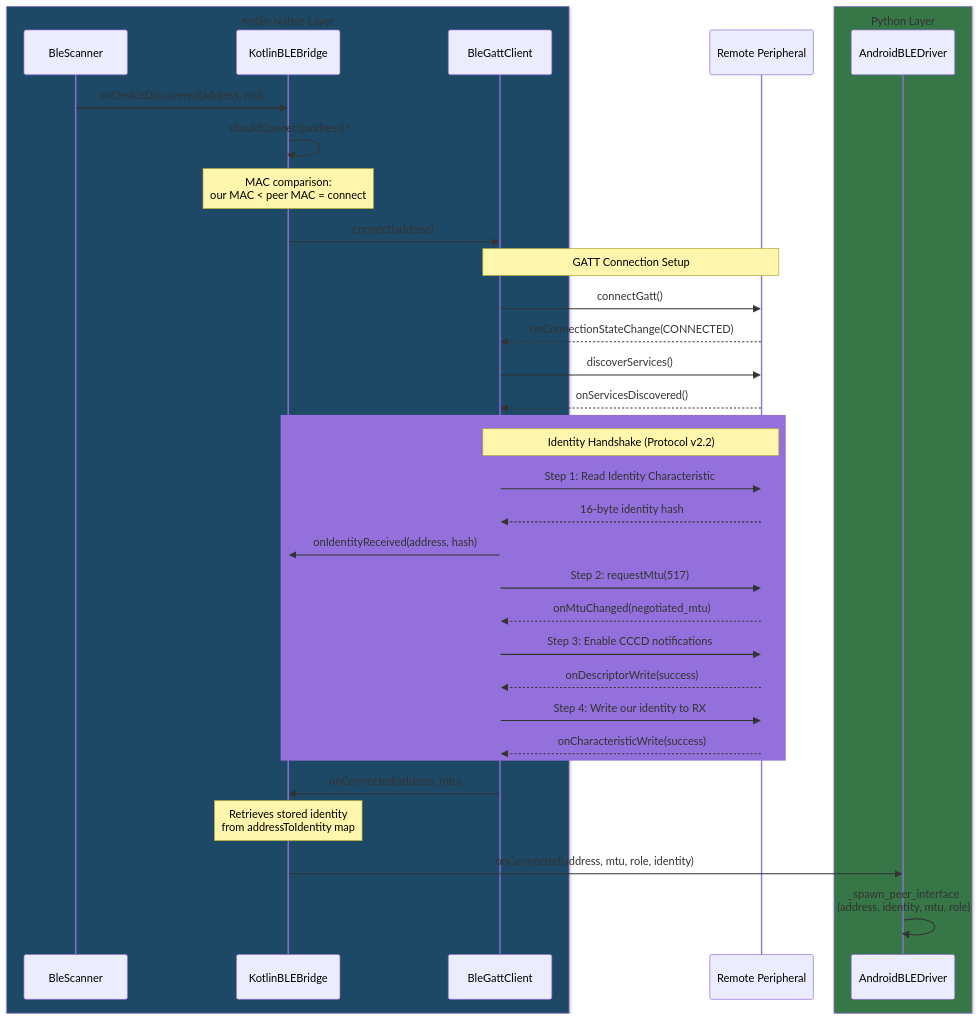
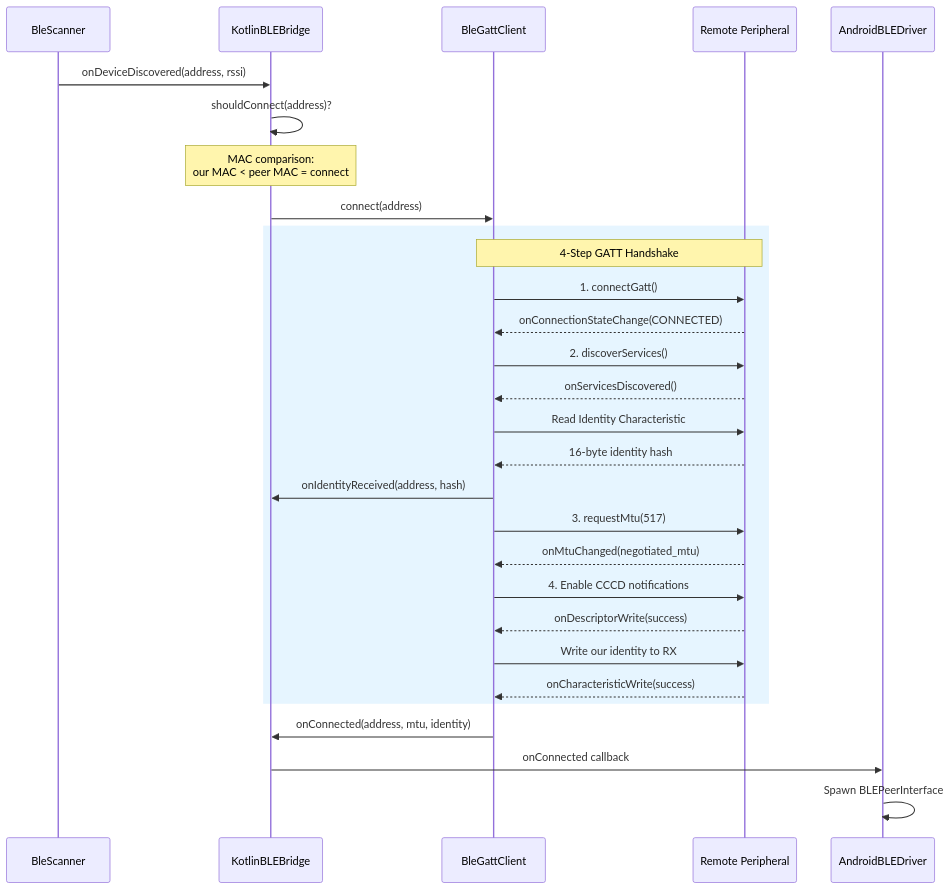
One commit to derpyspike/columba changed the third of 17 diagrams in docs/ble-architecture.md. Above: the diagram before and after it, drawn with Mermaid. The commit also changed other lines of this file, not shown here.

Commit message:
docs(ble): improve architecture diagram layout and structure

````diff
--- a/docs/ble-architecture.md
+++ b/docs/ble-architecture.md
@@ -210,44 +123,38 @@
 ```mermaid
 sequenceDiagram
-    box rgb(30, 73, 102) Kotlin Native Layer
     participant Scan as BleScanner
     participant Bridge as KotlinBLEBridge
     participant Client as BleGattClient
-    end
     participant Peer as Remote Peripheral
-    box rgb(55, 118, 71) Python Layer
     participant Python as AndroidBLEDriver
-    end
 
     Scan->>Bridge: onDeviceDiscovered(address, rssi)
     Bridge->>Bridge: shouldConnect(address)?
     Note over Bridge: MAC comparison:<br/>our MAC < peer MAC = connect
     Bridge->>Client: connect(address)
 
-    Note over Client,Peer: GATT Connection Setup
-    Client->>Peer: connectGatt()
-    Peer-->>Client: onConnectionStateChange(CONNECTED)
-    Client->>Peer: discoverServices()
-    Peer-->>Client: onServicesDiscovered()
+    rect rgb(230, 245, 255)
+        Note over Client,Peer: 4-Step GATT Handshake
+        Client->>Peer: 1. connectGatt()
+        Peer-->>Client: onConnectionStateChange(CONNECTED)
+        Client->>Peer: 2. discoverServices()
+        Peer-->>Client: onServicesDiscovered()
 
-    rect rgb(147, 112, 219)
-        Note over Client,Peer: Identity Handshake (Protocol v2.2)
-        Client->>Peer: Step 1: Read Identity Characteristic
+        Client->>Peer: Read Identity Characteristic
         Peer-->>Client: 16-byte identity hash
         Client->>Bridge: onIdentityReceived(address, hash)
 
-        Client->>Peer: Step 2: requestMtu(517)
+        Client->>Peer: 3. requestMtu(517)
         Peer-->>Client: onMtuChanged(negotiated_mtu)
 
-        Client->>Peer: Step 3: Enable CCCD notifications
+        Client->>Peer: 4. Enable CCCD notifications
         Peer-->>Client: onDescriptorWrite(success)
 
-        Client->>Peer: Step 4: Write our identity to RX
+        Client->>Peer: Write our identity to RX
         Peer-->>Client: onCharacteristicWrite(success)
     end
 
-    Client->>Bridge: onConnected(address, mtu)
-    Note over Bridge: Retrieves stored identity<br/>from addressToIdentity map
-    Bridge->>Python: onConnected(address, mtu, role, identity)
-    Python->>Python: _spawn_peer_interface<br/>(address, identity, mtu, role)
+    Client->>Bridge: onConnected(address, mtu, identity)
+    Bridge->>Python: onConnected callback
+    Python->>Python: Spawn BLEPeerInterface
 ```
````
